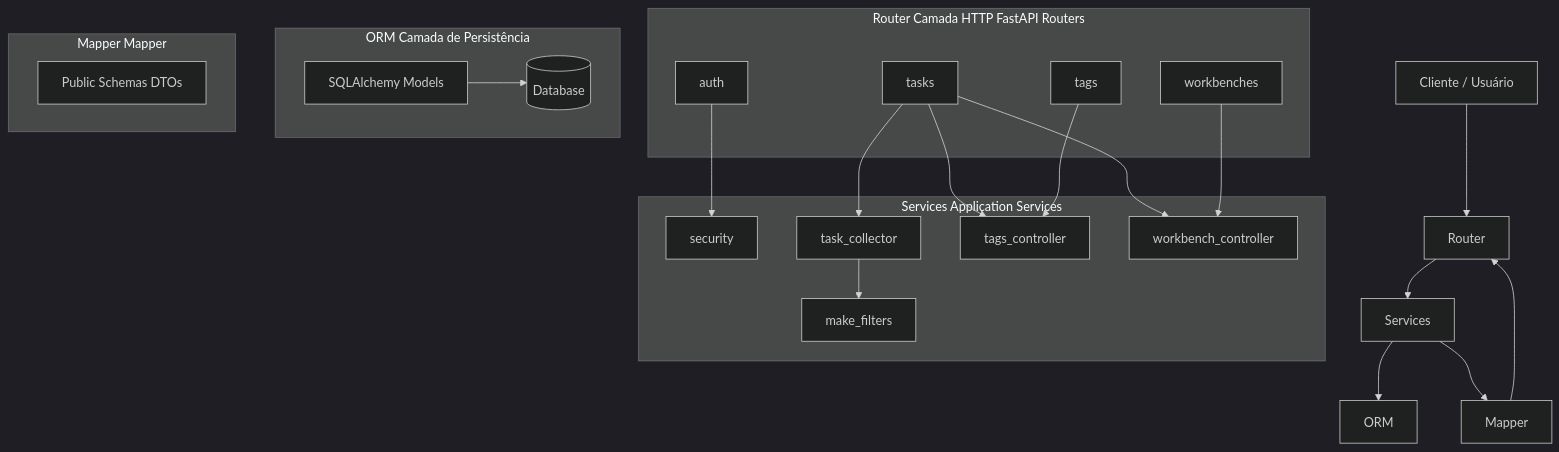
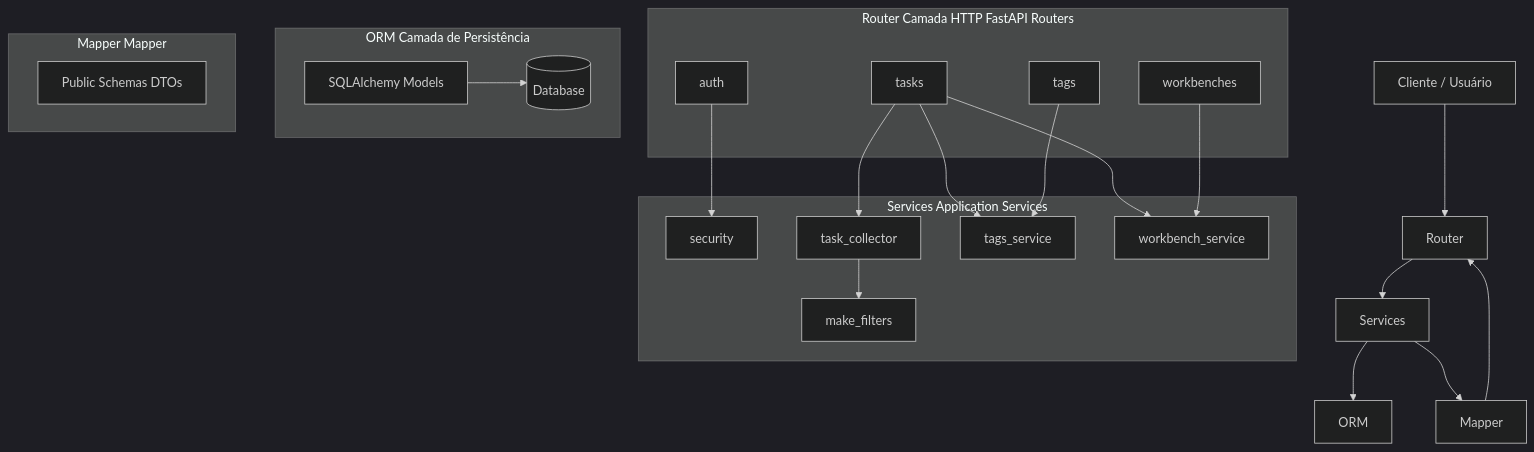
Before and after one commit to bruno-gabriel-muniz/joker-task: the diagram in README.md, drawn with Mermaid. The commit also changed other lines of this file, not shown here.

Commit message:
docs: update README to reflect controller renaming to service

````diff
--- a/README.md
+++ b/README.md
@@ -146,49 +146,49 @@
 ```mermaid
 ---
 config:
   theme: dark
 ---
 flowchart TD
     User[Cliente / Usuário] --> Router
 
     subgraph Router Camada HTTP FastAPI Routers
         AuthRouter[auth]
         TaskRouter[tasks]
         TagRouter[tags]
         WorkbenchRouter[workbenches]
     end
     Router --> Services
 
     subgraph Services Application Services
         Security[security]
         TaskCollector[task_collector]
-        TagController[tags_controller]
-        WorkbenchController[workbench_controller]
+        TagService[tags_service]
+        WorkbenchService[workbench_service]
         FilterFactory[make_filters]
     end
     AuthRouter --> Security
 
     TaskRouter --> TaskCollector
-    TaskRouter --> TagController
-    TaskRouter --> WorkbenchController
+    TaskRouter --> TagService
+    TaskRouter --> WorkbenchService
 
-    TagRouter --> TagController
-    WorkbenchRouter --> WorkbenchController
+    TagRouter --> TagService
+    WorkbenchRouter --> WorkbenchService
 
     TaskCollector --> FilterFactory
     Services --> ORM
 
     subgraph ORM Camada de Persistência
         Models[SQLAlchemy Models]
         DB[(Database)]
     end
 
     Models --> DB
     Services --> Mapper
 
     subgraph Mapper Mapper
         PublicSchemas[Public Schemas DTOs]
     end
 
     Mapper --> Router
 ```
````
